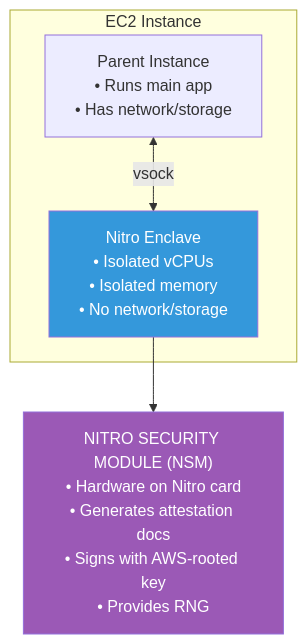
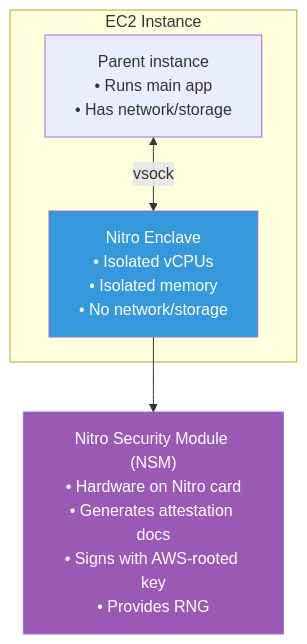
Before and after one commit to V-k-h/roots-of-trust: the sixth of 12 diagrams in posts/04-cross-platform-attestation.md, drawn with Mermaid. The commit also changed other lines of this file, not shown here.

First line of the commit message:
Improve clarity and formatting in cross-platform attestation post

````diff
--- a/posts/04-cross-platform-attestation.md
+++ b/posts/04-cross-platform-attestation.md
@@ -176,16 +188,17 @@
 ```mermaid
 flowchart TD
     subgraph EC2["EC2 Instance"]
-        Parent["Parent Instance\n• Runs main app\n• Has network/storage"]
-        Enclave["Nitro Enclave\n• Isolated vCPUs\n• Isolated memory\n• No network/storage"]
+        Parent["Parent instance<br>• Runs main app<br>• Has network/storage"]
+        Enclave["Nitro Enclave<br>• Isolated vCPUs<br>• Isolated memory<br>• No network/storage"]
         
         Parent <-->|vsock| Enclave
     end
     
-    NSM["NITRO SECURITY MODULE (NSM)\n• Hardware on Nitro card\n• Generates attestation docs\n• Signs with AWS-rooted key\n• Provides RNG"]
+    NSM["Nitro Security Module (NSM)<br>• Hardware on Nitro card<br>• Generates attestation docs<br>• Signs with AWS-rooted key<br>• Provides RNG"]
     
     Enclave --> NSM
     
     style Enclave fill:#3498db,color:#fff
     style NSM fill:#9b59b6,color:#fff
+
 ```
````
